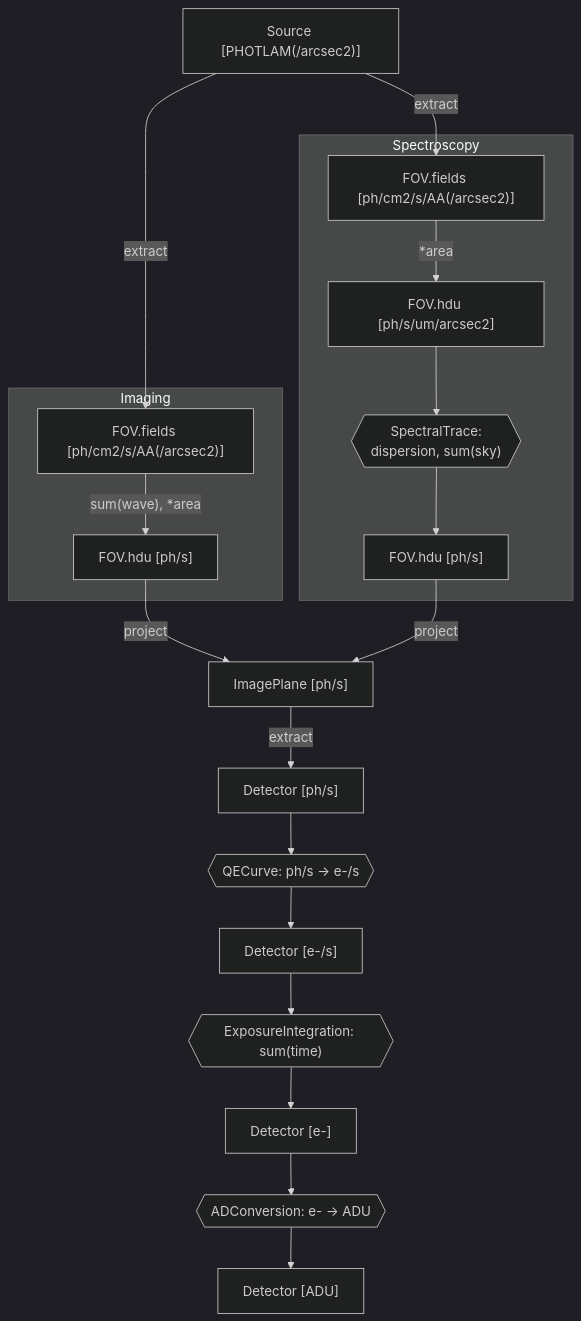
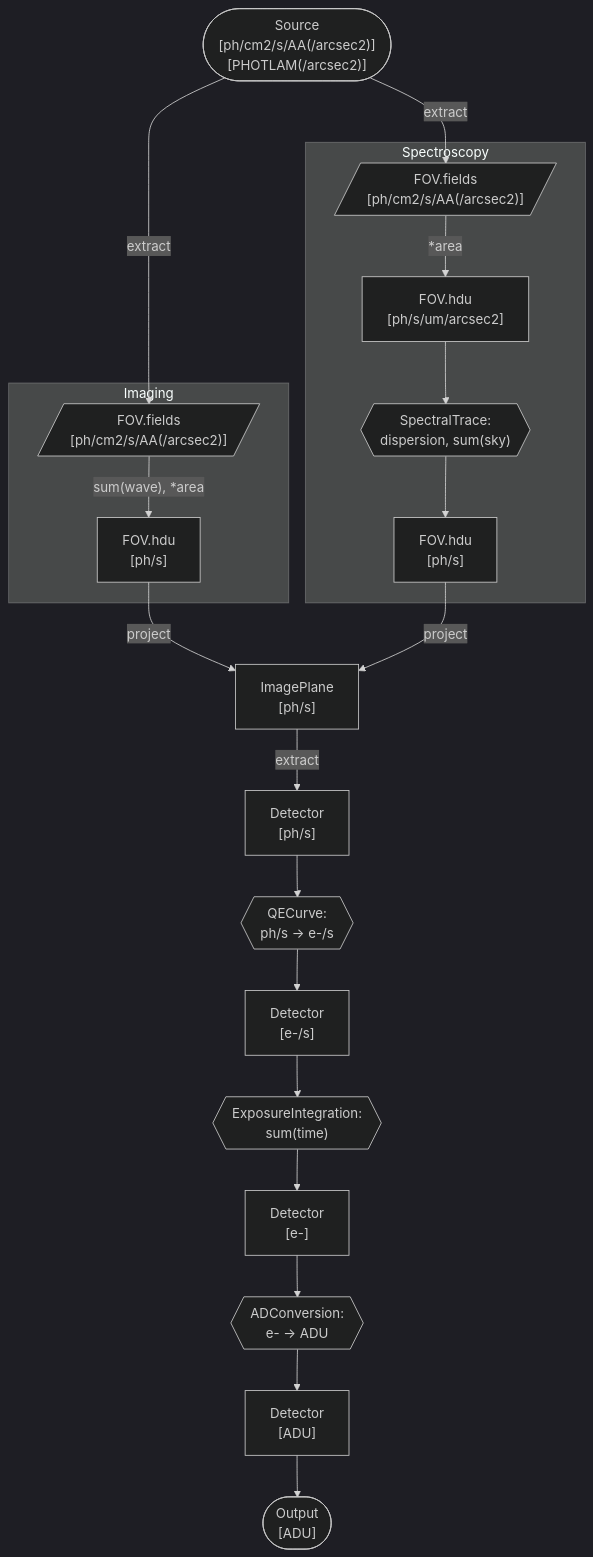
The diagram in docs/source/faqs/scopesim_units_flow.md (AstarVienna/ScopeSim), drawn with Mermaid before and after one commit. The commit also changed other lines of this file, not shown here.

Commit message:
Fix for Firefox
backticks and newlines everywhere

Reintroduce other shapes, basically a revert of a12e34c

````diff
--- a/docs/source/faqs/scopesim_units_flow.md
+++ b/docs/source/faqs/scopesim_units_flow.md
@@ -6,40 +7,58 @@
 ```{mermaid}
 %%{init: {"theme": "dark"} }%%
 flowchart TB
-    Source["Source [PHOTLAM(/arcsec2)]"]
-    FOV1["FOV.fields [ph/cm2/s/AA(/arcsec2)]"]
-    FOV2["FOV.hdu [ph/s]"]
-    FOV3["FOV.fields [ph/cm2/s/AA(/arcsec2)]"]
-    FOV4["FOV.hdu [ph/s/um/arcsec2]"]
-    FOV5["FOV.hdu [ph/s]"]
+    Source(["`Source
+              [ph/cm2/s/AA(/arcsec2)]
+              [PHOTLAM(/arcsec2)]`"])
+    FOV1[/"`FOV.fields
+            [ph/cm2/s/AA(/arcsec2)]`"/]
+    FOV2["`FOV.hdu
+           [ph/s]`"]
+    FOV3[/"`FOV.fields
+            [ph/cm2/s/AA(/arcsec2)]`"/]
+    FOV4["`FOV.hdu
+           [ph/s/um/arcsec2]`"]
+    FOV5["`FOV.hdu
+           [ph/s]`"]
     SPT{{"`SpectralTrace:
-          dispersion, sum(sky)`"}}
-    IMP["ImagePlane [ph/s]"]
-    Det1["Detector [ph/s]"]
-    QECurve{{"QECurve: ph/s -> e-/s"}}
-    Det2["Detector [e-/s]"]
-    SE{{"ExposureIntegration: sum(time)"}}
-    Det3["Detector [e-]"]
-    ADC{{"ADConversion: e- -> ADU"}}
-    Det4["Detector [ADU]"]
+           dispersion, sum(sky)`"}}
+    IMP["`ImagePlane
+          [ph/s]`"]
+    Det1["`Detector
+           [ph/s]`"]
+    QECurve{{"`QECurve:
+               ph/s -> e-/s`"}}
+    Det2["`Detector
+           [e-/s]`"]
+    SE{{"`ExposureIntegration:
+          sum(time)`"}}
+    Det3["`Detector
+           [e-]`"]
+    ADC{{"`ADConversion:
+           e- -> ADU`"}}
+    Det4["`Detector
+           [ADU]`"]
+    Output(["`Output
+              [ADU]`"])
 
     Source-- extract -->FOV1
     subgraph Imaging
         FOV1-- "sum(wave), *area" -->FOV2
     end
     Source-- extract -->FOV3
     subgraph Spectroscopy
         FOV3-- *area -->FOV4
         FOV4-->SPT
         SPT-->FOV5
     end
     FOV2-- project -->IMP
     FOV5-- project -->IMP
     IMP-- "extract" -->Det1
     Det1-->QECurve
     QECurve-->Det2
     Det2-->SE
     SE-->Det3
     Det3-->ADC
     ADC-->Det4
+    Det4-->Output
 ```
````
